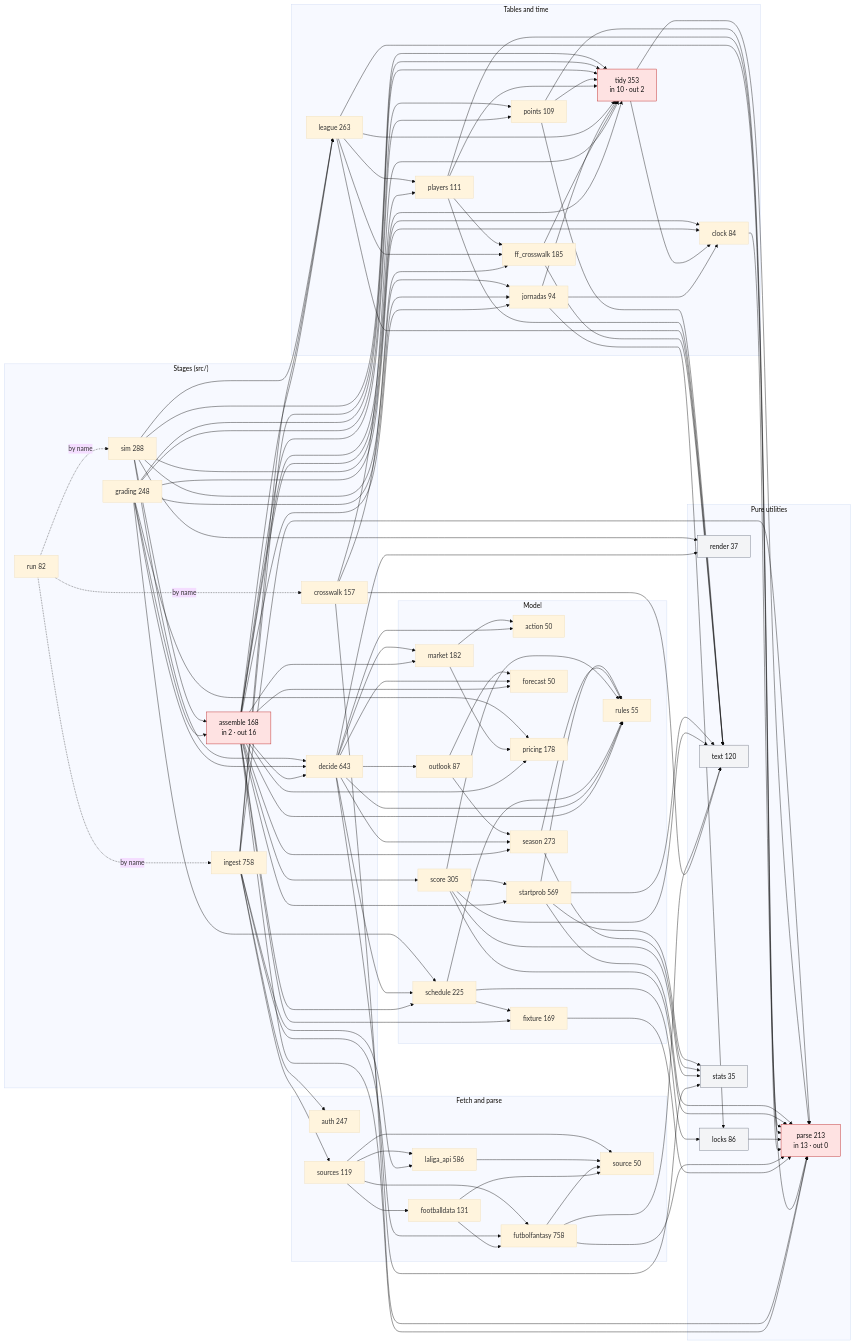
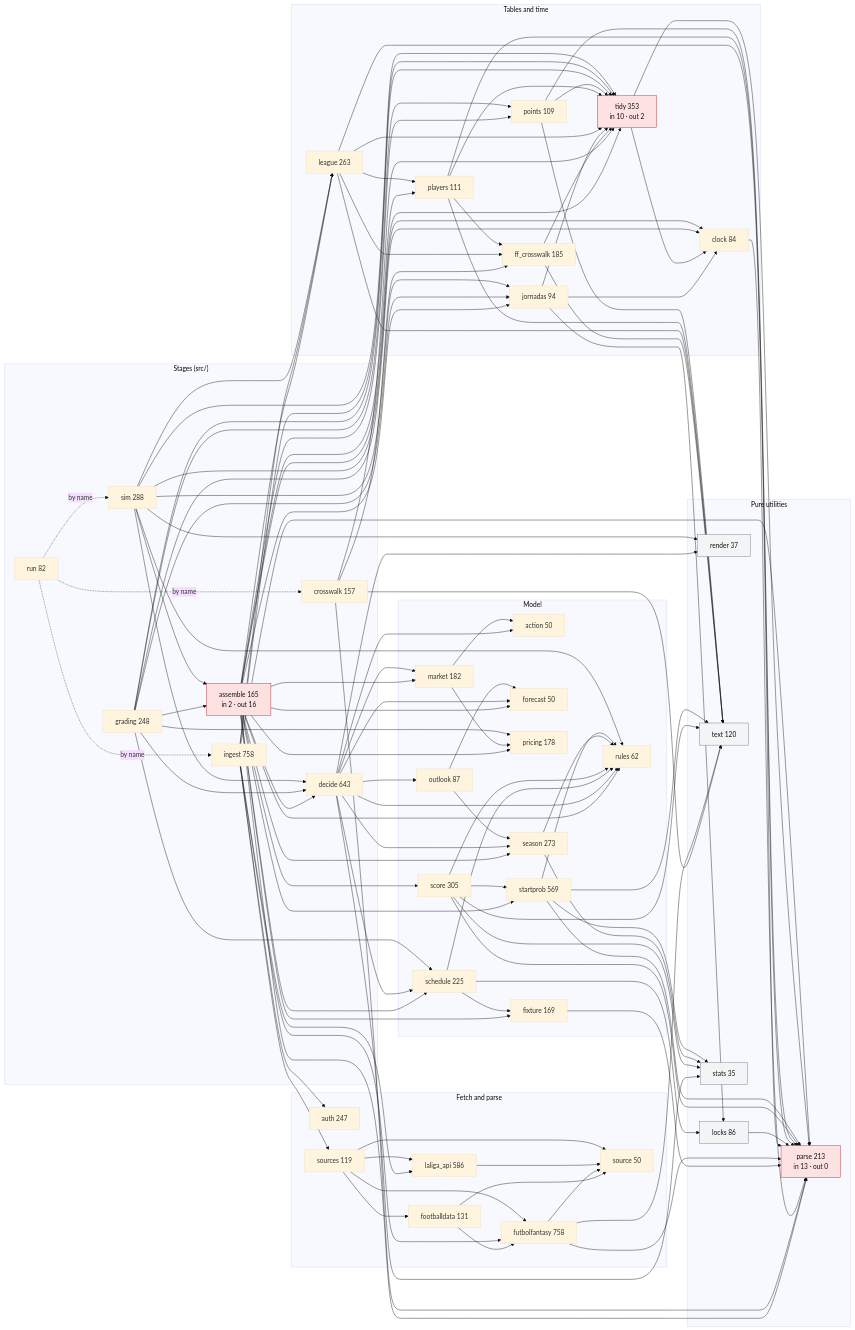
The diagram in docs/modules.mmd (OrsM/liga_five_guys), drawn with Mermaid (base theme) before and after one commit. The commit also changed 4 other files, not shown here.

```diff
--- a/docs/modules.mmd
+++ b/docs/modules.mmd
@@ -1,153 +1,154 @@
 flowchart LR
     classDef hub fill:#fee2e2,stroke:#b91c1c,color:#111
     classDef leaf fill:#f3f4f6,stroke:#6b7280,color:#111
     subgraph stages["Stages (src/)"]
-        assemble["assemble 168<br/>in 2 · out 16"]:::hub
+        assemble["assemble 165<br/>in 2 · out 16"]:::hub
         crosswalk["crosswalk 157"]
         decide["decide 643"]
         grading["grading 248"]
         ingest["ingest 758"]
         run["run 82"]
         sim["sim 288"]
     end
     subgraph fetch["Fetch and parse"]
         auth["auth 247"]
         footballdata["footballdata 131"]
         futbolfantasy["futbolfantasy 758"]
         laliga_api["laliga_api 586"]
         source["source 50"]
         sources["sources 119"]
     end
     subgraph data["Tables and time"]
         clock["clock 84"]
         ff_crosswalk["ff_crosswalk 185"]
         jornadas["jornadas 94"]
         league["league 263"]
         players["players 111"]
         points["points 109"]
         tidy["tidy 353<br/>in 10 · out 2"]:::hub
     end
     subgraph model["Model"]
         action["action 50"]
         fixture["fixture 169"]
         forecast["forecast 50"]
         market["market 182"]
         outlook["outlook 87"]
         pricing["pricing 178"]
-        rules["rules 55"]
+        rules["rules 62"]
         schedule["schedule 225"]
         score["score 305"]
         season["season 273"]
         startprob["startprob 569"]
     end
     subgraph util["Pure utilities"]
         locks["locks 86"]:::leaf
         parse["parse 213<br/>in 13 · out 0"]:::hub
         render["render 37"]:::leaf
         text["text 120"]:::leaf
         stats["stats 35"]:::leaf
     end
     run -. "by name" .-> ingest
     run -. "by name" .-> crosswalk
     run -. "by name" .-> sim
     assemble --> decide
     assemble --> fixture
     assemble --> forecast
     assemble --> jornadas
     assemble --> league
     assemble --> market
     assemble --> parse
     assemble --> players
     assemble --> points
     assemble --> pricing
     assemble --> rules
     assemble --> schedule
     assemble --> score
     assemble --> season
     assemble --> startprob
     assemble --> tidy
     crosswalk --> ff_crosswalk
     crosswalk --> parse
     crosswalk --> text
     crosswalk --> tidy
     decide --> action
     decide --> forecast
     decide --> market
     decide --> outlook
     decide --> render
     decide --> rules
     decide --> schedule
     decide --> season
     decide --> stats
     clock --> parse
     ff_crosswalk --> text
     ff_crosswalk --> tidy
     fixture --> parse
     footballdata --> futbolfantasy
     footballdata --> source
     futbolfantasy --> parse
     futbolfantasy --> source
     futbolfantasy --> text
     jornadas --> clock
     jornadas --> locks
     jornadas --> tidy
     laliga_api --> source
     league --> ff_crosswalk
     league --> parse
     league --> players
     league --> text
     league --> tidy
     locks --> parse
     market --> action
     market --> pricing
     outlook --> forecast
     outlook --> season
     players --> ff_crosswalk
     players --> parse
     players --> text
     players --> tidy
     points --> parse
     points --> text
     points --> tidy
     schedule --> fixture
     schedule --> locks
     schedule --> rules
     score --> parse
     score --> rules
     score --> startprob
     score --> text
     score --> stats
     season --> rules
     season --> stats
     startprob --> parse
     startprob --> rules
     startprob --> text
     startprob --> stats
     tidy --> clock
     tidy --> parse
     grading --> assemble
     grading --> decide
     grading --> clock
     grading --> jornadas
     grading --> points
     grading --> pricing
     grading --> schedule
     grading --> tidy
     ingest --> auth
     ingest --> futbolfantasy
     ingest --> laliga_api
     ingest --> league
     ingest --> parse
     ingest --> tidy
     ingest --> sources
     sim --> assemble
     sim --> decide
     sim --> clock
     sim --> jornadas
     sim --> league
     sim --> render
+    sim --> rules
     sim --> tidy
     sources --> footballdata
     sources --> futbolfantasy
     sources --> laliga_api
     sources --> source
```
